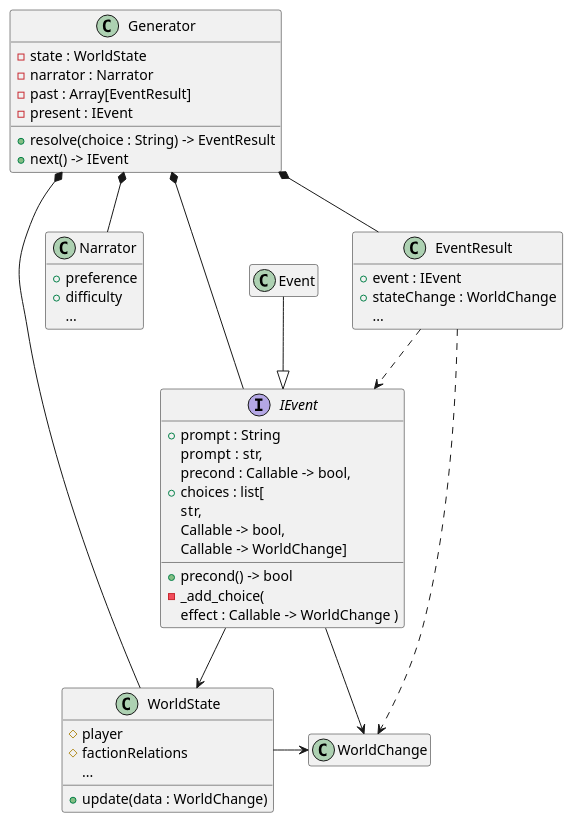
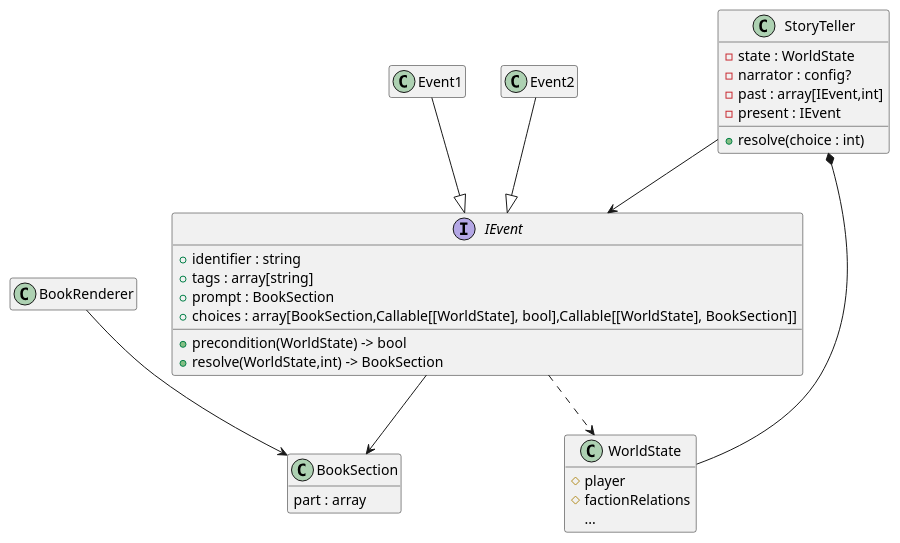
The diagram in TextGenerator.md (PoopieJoe/lineage), drawn with PlantUML before and after one commit. The commit also changed 20 other files, not shown here.

````diff
--- a/TextGenerator.md
+++ b/TextGenerator.md
@@ -1,69 +1,51 @@
 ```plantuml
 @startuml
 hide empty members
 
-class Generator
+class BookRenderer
+
+class StoryTeller
 {
     -state : WorldState
-    -narrator : Narrator
-    -past : Array[EventResult]
+    -narrator : config?
+    -past : array[IEvent,int]
     -present : IEvent
-    +resolve(choice : String) -> EventResult
-    +next() -> IEvent
+    +resolve(choice : int)
 }
 
 class WorldState
 {
-    +update(data : WorldChange)
     #player
     #factionRelations
     ...
 }
 
-class WorldChange
+Interface IEvent
 {
+    +identifier : string
+    +tags : array[string]
+    +prompt : BookSection
+    +precondition(WorldState) -> bool
+    +choices : array[BookSection,Callable[[WorldState], bool],Callable[[WorldState], BookSection]]
+    +resolve(WorldState,int) -> BookSection
 }
 
-class Narrator
+class BookSection
 {
-    +preference
-    +difficulty
-    ...
+    part : array
 }
 
-Interface IEvent
-{
-    +prompt : String
-    +precond() -> bool
-    -_add_choice(
-        prompt : str, 
-        precond : Callable -> bool, 
-        effect : Callable -> WorldChange )
-    +choices : list[
-        str,
-        Callable -> bool, 
-        Callable -> WorldChange]
-}
+class Event1
+class Event2
 
-class Event
-Event --|> IEvent
+Event1 --|> IEvent
+Event2 --|> IEvent
 
-class EventResult
-{
-    +event : IEvent
-    +stateChange : WorldChange
-    ...
-}
+StoryTeller *-- WorldState
+StoryTeller --> IEvent
+IEvent ..> WorldState
+IEvent --> BookSection
+BookRenderer --> BookSection
 
-Generator *-- WorldState
-Generator *-- IEvent
-Generator *-- Narrator
-Generator *-- EventResult
-IEvent --> WorldState
-IEvent --> WorldChange
-WorldState -> WorldChange
-
-EventResult ..> IEvent
-EventResult ..> WorldChange
 @enduml
 ```
````
